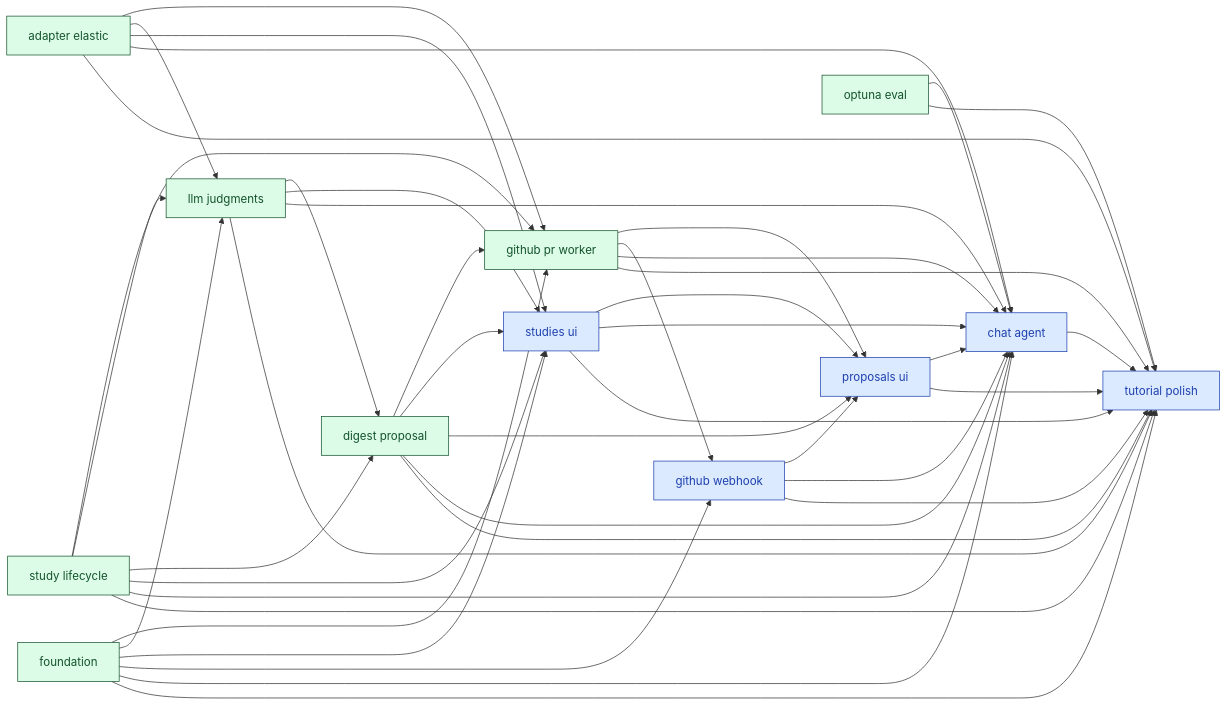
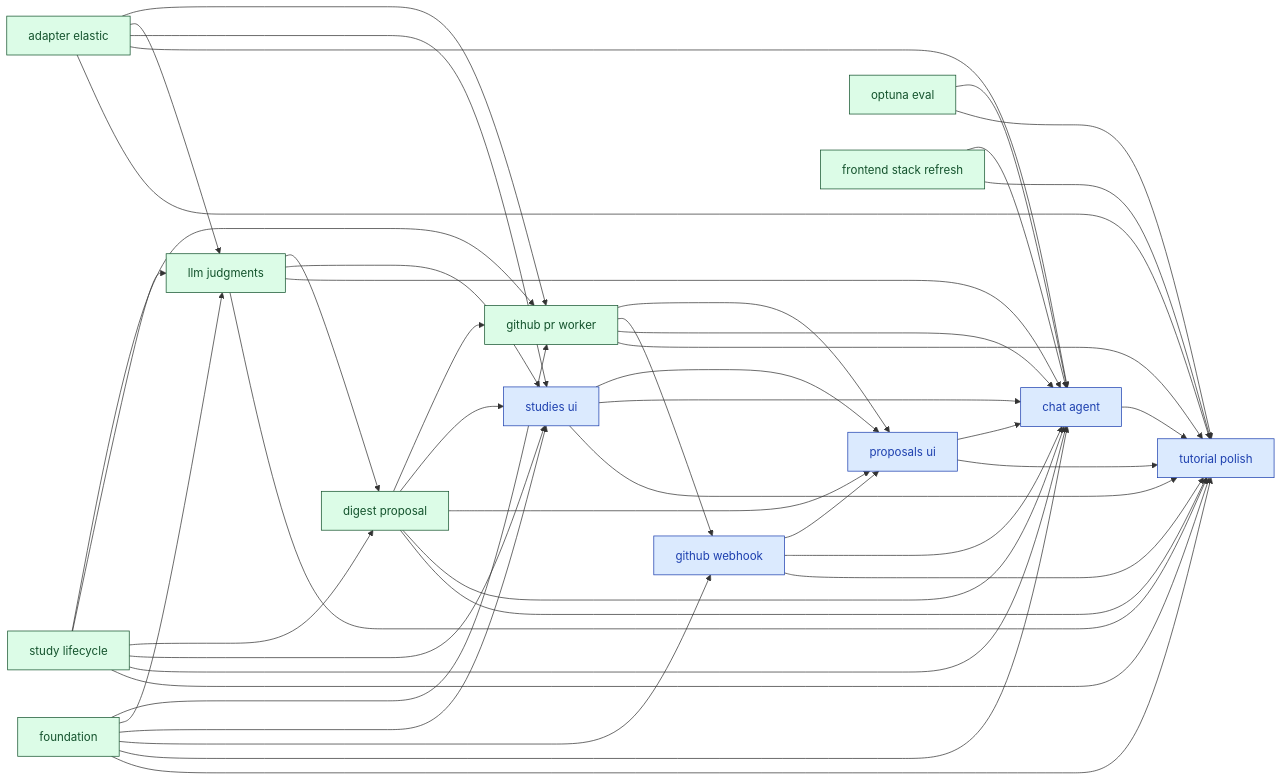
One commit to SoundMindsAI/relyloop changed the diagram in docs/00_overview/MVP1_DASHBOARD.md. Above: the diagram before and after it, drawn with Mermaid. The commit also changed other lines of this file and 17 other files, not shown here.

First line of the commit message:
infra(frontend): refresh to Next 16/React 19/Tailwind 4/Vitest 4 (#49)

````diff
--- a/docs/00_overview/MVP1_DASHBOARD.md
+++ b/docs/00_overview/MVP1_DASHBOARD.md
@@ -83,73 +83,77 @@
 ```mermaid
 graph LR
   classDef done fill:#dcfce7,stroke:#14532d,color:#14532d;
   classDef implement fill:#ffedd5,stroke:#9a3412,color:#9a3412;
   classDef plan fill:#fef9c3,stroke:#854d0e,color:#854d0e;
   classDef spec fill:#dbeafe,stroke:#1e40af,color:#1e40af;
   classDef idea fill:#f1f5f9,stroke:#334155,color:#334155;
   chore_tutorial_polish["tutorial polish"]
   class chore_tutorial_polish spec;
   feat_chat_agent["chat agent"]
   class feat_chat_agent spec;
   feat_github_webhook["github webhook"]
   class feat_github_webhook spec;
   feat_proposals_ui["proposals ui"]
   class feat_proposals_ui spec;
   feat_studies_ui["studies ui"]
   class feat_studies_ui spec;
   infra_foundation["foundation"]
   class infra_foundation done;
   feat_study_lifecycle["study lifecycle"]
   class feat_study_lifecycle done;
   infra_adapter_elastic["adapter elastic"]
   class infra_adapter_elastic done;
   infra_optuna_eval["optuna eval"]
   class infra_optuna_eval done;
   feat_digest_proposal["digest proposal"]
   class feat_digest_proposal done;
   feat_llm_judgments["llm judgments"]
   class feat_llm_judgments done;
   feat_github_pr_worker["github pr worker"]
   class feat_github_pr_worker done;
+  infra_frontend_stack_refresh["frontend stack refresh"]
+  class infra_frontend_stack_refresh done;
   feat_chat_agent --> chore_tutorial_polish
   feat_digest_proposal --> chore_tutorial_polish
   feat_github_pr_worker --> chore_tutorial_polish
   feat_github_webhook --> chore_tutorial_polish
   feat_llm_judgments --> chore_tutorial_polish
   feat_proposals_ui --> chore_tutorial_polish
   feat_studies_ui --> chore_tutorial_polish
   feat_study_lifecycle --> chore_tutorial_polish
   infra_adapter_elastic --> chore_tutorial_polish
   infra_foundation --> chore_tutorial_polish
+  infra_frontend_stack_refresh --> chore_tutorial_polish
   infra_optuna_eval --> chore_tutorial_polish
   feat_digest_proposal --> feat_chat_agent
   feat_github_pr_worker --> feat_chat_agent
   feat_github_webhook --> feat_chat_agent
   feat_llm_judgments --> feat_chat_agent
   feat_proposals_ui --> feat_chat_agent
   feat_studies_ui --> feat_chat_agent
   feat_study_lifecycle --> feat_chat_agent
   infra_adapter_elastic --> feat_chat_agent
   infra_foundation --> feat_chat_agent
+  infra_frontend_stack_refresh --> feat_chat_agent
   infra_optuna_eval --> feat_chat_agent
   infra_foundation --> feat_github_webhook
   feat_github_pr_worker --> feat_github_webhook
   feat_studies_ui --> feat_proposals_ui
   feat_digest_proposal --> feat_proposals_ui
   feat_github_pr_worker --> feat_proposals_ui
   feat_github_webhook --> feat_proposals_ui
   infra_foundation --> feat_studies_ui
   feat_study_lifecycle --> feat_studies_ui
   feat_digest_proposal --> feat_studies_ui
   feat_llm_judgments --> feat_studies_ui
   infra_adapter_elastic --> feat_studies_ui
   feat_study_lifecycle --> feat_digest_proposal
   feat_llm_judgments --> feat_digest_proposal
   infra_foundation --> feat_llm_judgments
   infra_adapter_elastic --> feat_llm_judgments
   feat_study_lifecycle --> feat_llm_judgments
   infra_foundation --> feat_github_pr_worker
   infra_adapter_elastic --> feat_github_pr_worker
   feat_study_lifecycle --> feat_github_pr_worker
   feat_digest_proposal --> feat_github_pr_worker
 ```
````
